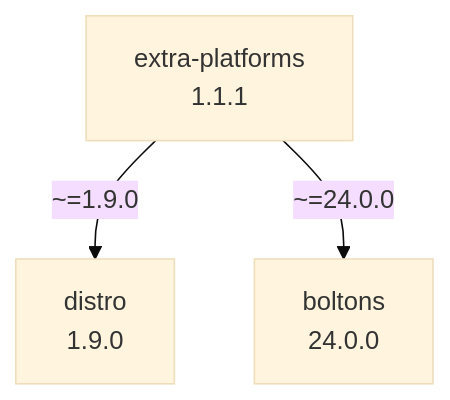
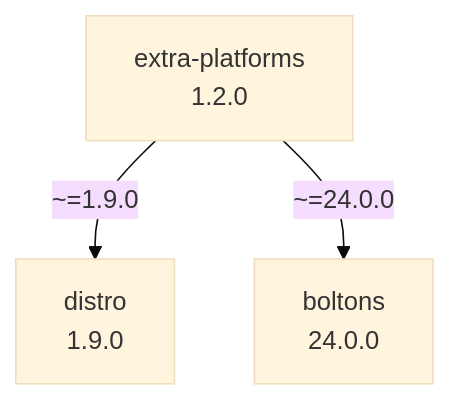
Before and after one commit to kdeldycke/extra-platforms: the diagram in docs/assets/dependencies.mmd, drawn with Mermaid (base theme).

Commit message:
[autofix] Regenerate dependency graph

```diff
--- a/docs/assets/dependencies.mmd
+++ b/docs/assets/dependencies.mmd
@@ -1,7 +1,7 @@
 flowchart TD
     classDef missing stroke-dasharray: 5
     boltons["boltons\n24.0.0"]
     distro["distro\n1.9.0"]
-    extra-platforms["extra-platforms\n1.1.1"]
+    extra-platforms["extra-platforms\n1.2.0"]
     extra-platforms -- "~=1.9.0" --> distro
     extra-platforms -- "~=24.0.0" --> boltons
```
